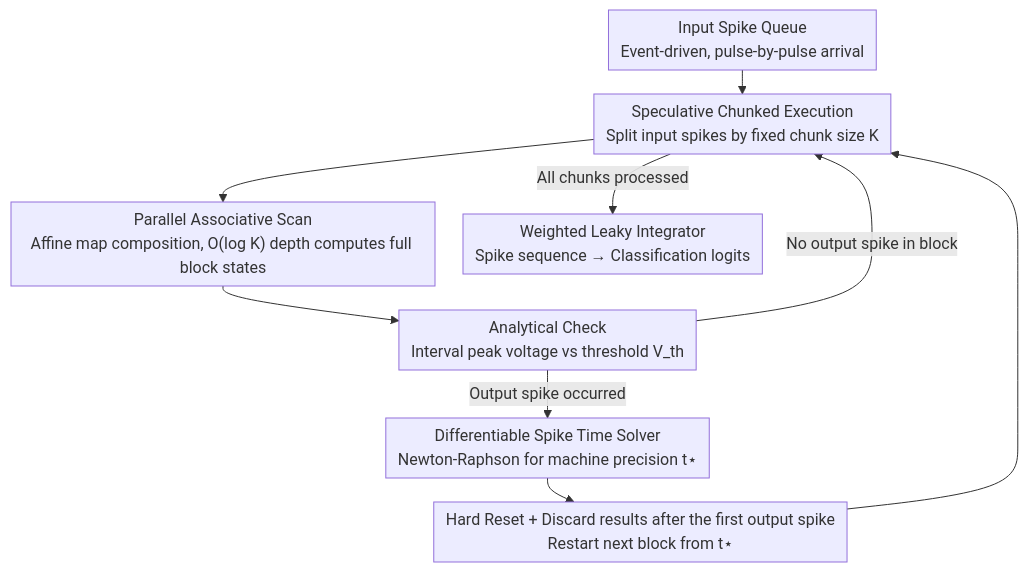
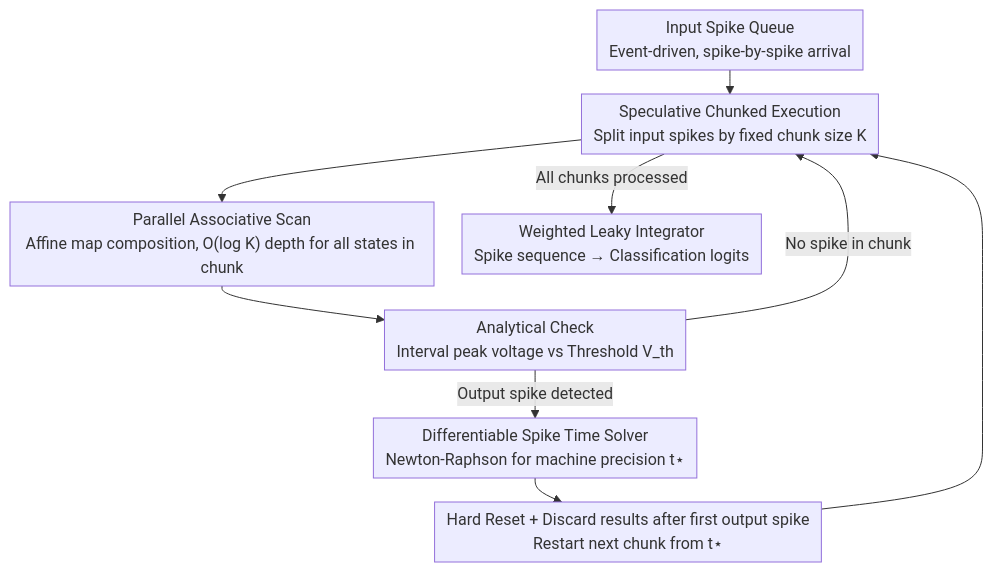
Before and after one commit to zhaoyang97/Paper-Notes-en: the diagram in docs/ICML2026/others/bullet_trains_parallelizing_training_of_temporally_precise_spiking_neural_networ.md, drawn with Mermaid. The commit also changed other lines of this file and 5084 other files, not shown here.

````diff
--- a/docs/ICML2026/others/bullet_trains_parallelizing_training_of_temporally_precise_spiking_neural_networ.md
+++ b/docs/ICML2026/others/bullet_trains_parallelizing_training_of_temporally_precise_spiking_neural_networ.md
@@ -44,12 +44,12 @@
 ```mermaid
 %%{init: {'flowchart': {'rankSpacing': 24, 'nodeSpacing': 28, 'padding': 6, 'wrappingWidth': 400}}}%%
 flowchart TD
-    A["Input Spike Queue<br/>Event-driven, pulse-by-pulse arrival"] --> B["Speculative Chunked Execution<br/>Split input spikes by fixed chunk size K"]
-    B --> C["Parallel Associative Scan<br/>Affine map composition, O(log K) depth computes full block states"]
-    C --> D["Analytical Check<br/>Interval peak voltage vs threshold V_th"]
-    D -->|No output spike in block| B
-    D -->|Output spike occurred| E["Differentiable Spike Time Solver<br/>Newton-Raphson for machine precision t⋆"]
-    E --> F["Hard Reset + Discard results after the first output spike<br/>Restart next block from t⋆"]
+    A["Input Spike Queue<br/>Event-driven, spike-by-spike arrival"] --> B["Speculative Chunked Execution<br/>Split input spikes by fixed chunk size K"]
+    B --> C["Parallel Associative Scan<br/>Affine map composition, O(log K) depth for all states in chunk"]
+    C --> D["Analytical Check<br/>Interval peak voltage vs Threshold V_th"]
+    D -->|No spike in chunk| B
+    D -->|Output spike detected| E["Differentiable Spike Time Solver<br/>Newton-Raphson for machine precision t⋆"]
+    E --> F["Hard Reset + Discard results after first output spike<br/>Restart next chunk from t⋆"]
     F --> B
     B -->|All chunks processed| G["Weighted Leaky Integrator<br/>Spike sequence → Classification logits"]
 ```
````
